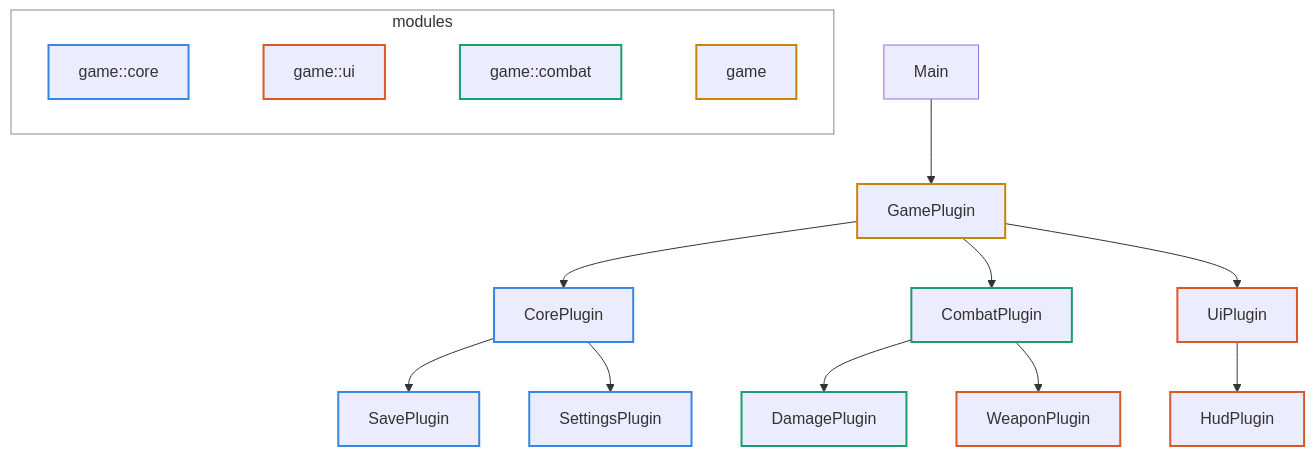
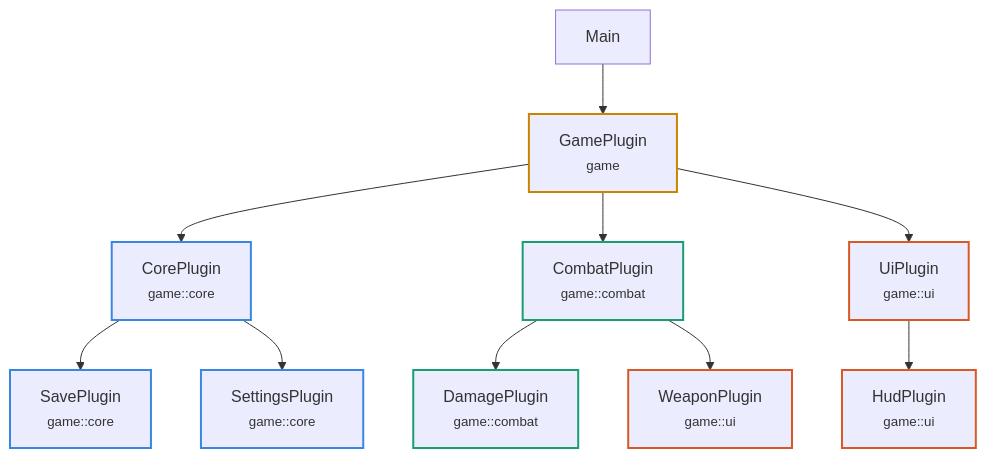
The diagram in README.md (Novakasa/bevy-plugin-graph), drawn with Mermaid before and after one commit. The commit also changed other lines of this file and 3 other files, not shown here.

````diff
--- a/README.md
+++ b/README.md
@@ -76,39 +76,30 @@
 ```mermaid
 flowchart TD
     n0["Main"]
-    n1["GamePlugin"]
-    n2["CorePlugin"]
-    n3["SavePlugin"]
-    n4["SettingsPlugin"]
-    n5["CombatPlugin"]
-    n6["DamagePlugin"]
-    n7["WeaponPlugin"]
-    n8["UiPlugin"]
-    n9["HudPlugin"]
+    n1["GamePlugin<br/><small>game</small>"]
+    n2["CorePlugin<br/><small>game::core</small>"]
+    n3["SavePlugin<br/><small>game::core</small>"]
+    n4["SettingsPlugin<br/><small>game::core</small>"]
+    n5["CombatPlugin<br/><small>game::combat</small>"]
+    n6["DamagePlugin<br/><small>game::combat</small>"]
+    n7["WeaponPlugin<br/><small>game::ui</small>"]
+    n8["UiPlugin<br/><small>game::ui</small>"]
+    n9["HudPlugin<br/><small>game::ui</small>"]
     n0 --> n1
     n1 --> n2
     n2 --> n3
     n2 --> n4
     n1 --> n5
     n5 --> n6
     n5 --> n7
     n1 --> n8
     n8 --> n9
-    subgraph legend["modules"]
-        direction LR
-        l0["game::core"]
-        l1["game::ui"]
-        l2["game::combat"]
-        l3["game"]
-        l0 ~~~ l1 ~~~ l2 ~~~ l3
-    end
-    style legend fill:none,stroke:#8a8a85,stroke-width:1px
     classDef m0 stroke:#3987e5,stroke-width:2px
     classDef m1 stroke:#d95926,stroke-width:2px
     classDef m2 stroke:#199e70,stroke-width:2px
     classDef m3 stroke:#c98500,stroke-width:2px
-    class n2,n3,n4,l0 m0
-    class n7,n8,n9,l1 m1
-    class n5,n6,l2 m2
-    class n1,l3 m3
+    class n2,n3,n4 m0
+    class n7,n8,n9 m1
+    class n5,n6 m2
+    class n1 m3
 ```
````
